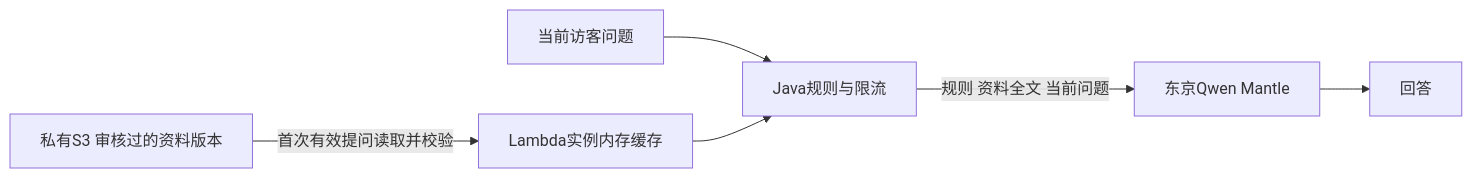
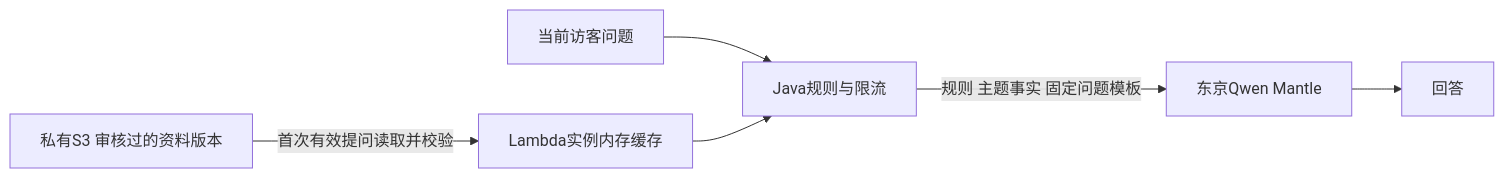
The diagram in docs/bedrock-content.md (konglingtong44/kongPortfolio), drawn with Mermaid before and after one commit. The commit also changed other lines of this file and 11 other files, not shown here.

````diff
--- a/docs/bedrock-content.md
+++ b/docs/bedrock-content.md
@@ -15,8 +17,8 @@
 ```mermaid
 flowchart LR
   S3[私有S3 审核过的资料版本] -->|首次有效提问读取并校验| Cache[Lambda实例内存缓存]
   Q[当前访客问题] --> Java[Java规则与限流]
   Cache --> Java
-  Java -->|规则 资料全文 当前问题| Model[东京Qwen Mantle]
+  Java -->|规则 主题事实 固定问题模板| Model[东京Qwen Mantle]
   Model --> A[回答]
 ```
````
